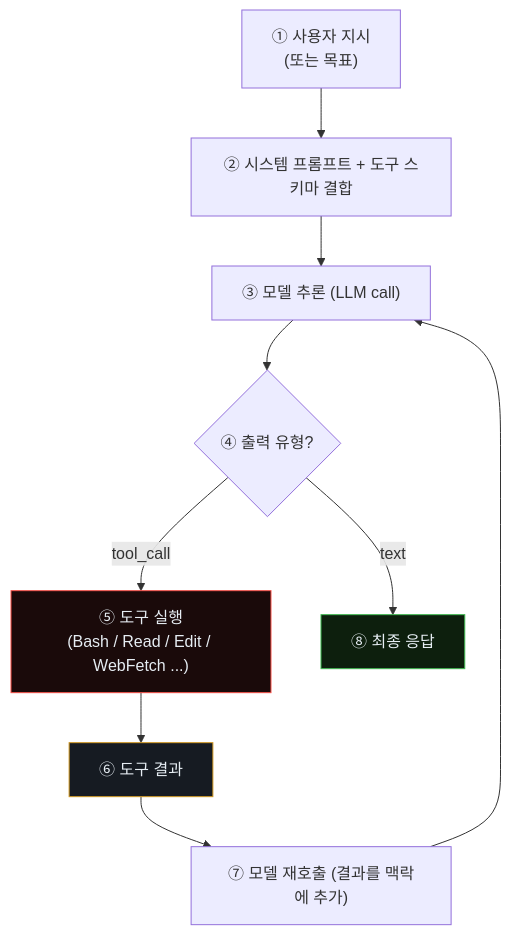
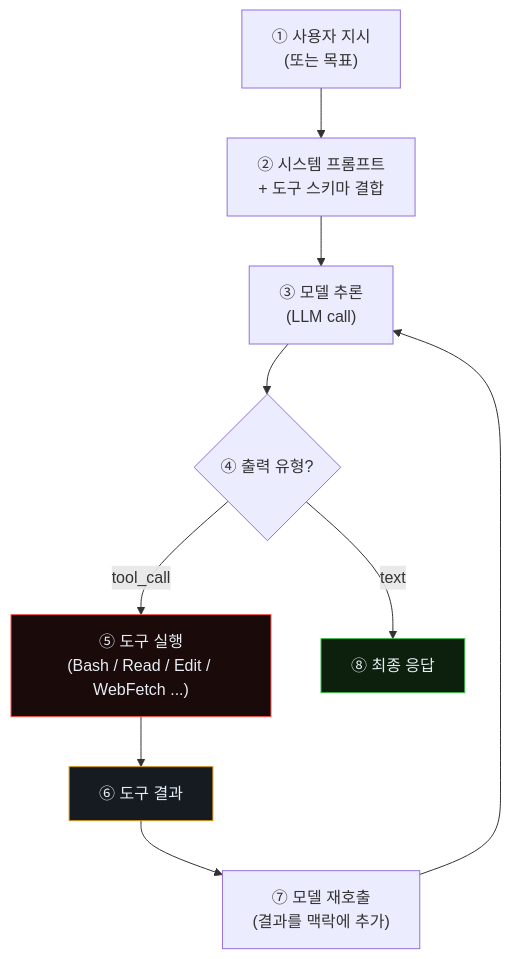
One commit to mrgrit/ccc changed the first of 3 diagrams in contents/education/course19-agent-incident-response/week02/lecture.md. Above: the diagram before and after it, drawn with Mermaid. The commit also changed other lines of this file, not shown here.

First line of the commit message:
chore(edu/agent-ir w02): 사례 폐기 + Diagram #1 라벨 가독성 개선

````diff
--- a/contents/education/course19-agent-incident-response/week02/lecture.md
+++ b/contents/education/course19-agent-incident-response/week02/lecture.md
@@ -125,17 +125,17 @@
 ```mermaid
 flowchart TD
     U["① 사용자 지시<br/>(또는 목표)"]
-    S["② 시스템 프롬프트 + 도구 스키마 결합"]
-    M1["③ 모델 추론 (LLM call)"]
+    S["② 시스템 프롬프트<br/>+ 도구 스키마 결합"]
+    M1["③ 모델 추론<br/>(LLM call)"]
     D{"④ 출력 유형?"}
     T["⑤ 도구 실행<br/>(Bash / Read / Edit / WebFetch ...)"]
     R["⑥ 도구 결과"]
-    M2["⑦ 모델 재호출 (결과를 맥락에 추가)"]
+    M2["⑦ 모델 재호출<br/>(결과를 맥락에 추가)"]
     End["⑧ 최종 응답"]
     U --> S --> M1 --> D
     D -->|tool_call| T --> R --> M2 --> M1
     D -->|text| End
     style T fill:#1a0a0a,stroke:#f85149,color:#e6edf3
     style R fill:#161b22,stroke:#d29922,color:#e6edf3
     style End fill:#0d1f0d,stroke:#3fb950,color:#e6edf3
 ```
````
